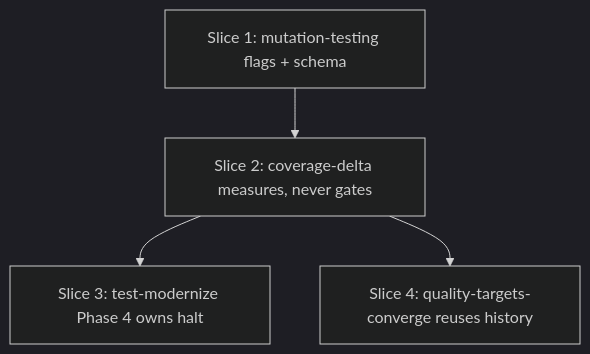
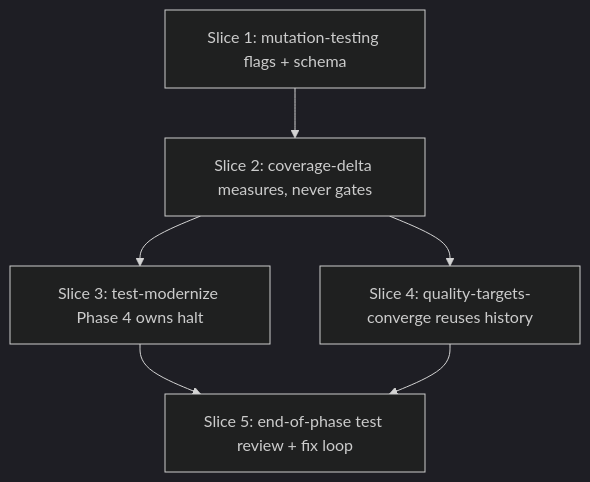
One commit to bdfinst/agentic-dev-team changed the diagram in plans/mutation-testing-every-phase.md. Above: the diagram before and after it, drawn with Mermaid (dark theme). The commit also changed other lines of this file and 4 other files, not shown here.

First line of the commit message:
feat(test-modernize): end-of-phase /test-design + /code-review with bounded fix loop (Phases 4, 5)

````diff
--- a/plans/mutation-testing-every-phase.md
+++ b/plans/mutation-testing-every-phase.md
@@ -384,6 +471,8 @@
 ```mermaid
 graph TD
   S1[Slice 1: mutation-testing flags + schema] --> S2[Slice 2: coverage-delta measures, never gates]
   S2 --> S3[Slice 3: test-modernize Phase 4 owns halt]
   S2 --> S4[Slice 4: quality-targets-converge reuses history]
+  S3 --> S5[Slice 5: end-of-phase test review + fix loop]
+  S4 --> S5
 ```
````
